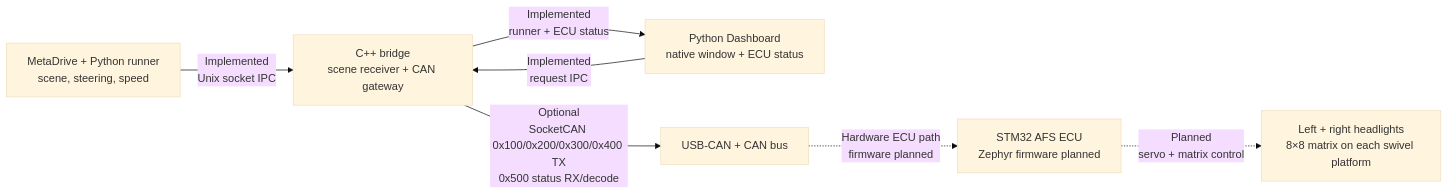
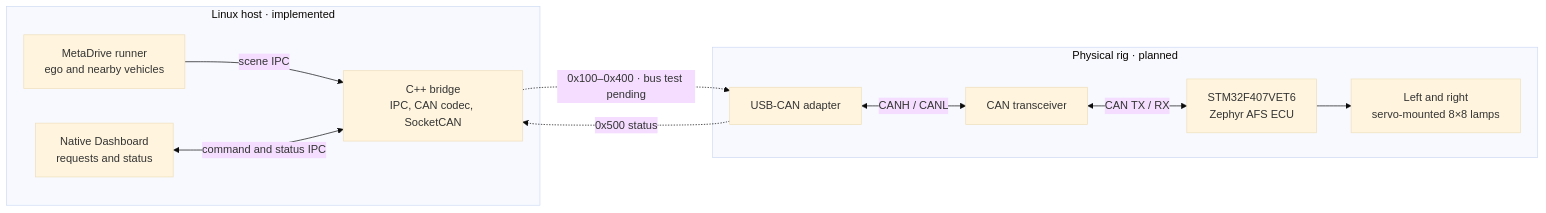
One commit to namtruonghoang1909/Adaptive-Frontlighting-System changed the first of 3 diagrams in README.md. Above: the diagram before and after it, drawn with Mermaid (base theme). The commit also changed other lines of this file and 6 other files, not shown here.

````diff
--- a/README.md
+++ b/README.md
@@ -20,9 +7,23 @@
 ```mermaid
 flowchart LR
-    SIM["MetaDrive + Python runner<br/>scene, steering, speed"] -->|"Implemented<br/>Unix socket IPC"| BRIDGE["C++ bridge<br/>scene receiver + CAN gateway"]
-    DASH["Python Dashboard<br/>native window + ECU status"] -->|"Implemented<br/>request IPC"| BRIDGE
-    BRIDGE -->|"Implemented<br/>runner + ECU status"| DASH
-    BRIDGE -->|"Optional<br/>SocketCAN 0x100/0x200/0x300/0x400 TX<br/>0x500 status RX/decode"| BUS["USB-CAN + CAN bus"]
-    BUS -.->|"Hardware ECU path<br/>firmware planned"| ECU["STM32 AFS ECU<br/>Zephyr firmware planned"]
-    ECU -.->|"Planned<br/>servo + matrix control"| LAMPS["Left + right headlights<br/>8×8 matrix on each swivel platform"]
+    subgraph HOST["Linux host · implemented"]
+        RUNNER["MetaDrive runner<br/>ego and nearby vehicles"]
+        BRIDGE["C++ bridge<br/>IPC, CAN codec, SocketCAN"]
+        DASH["Native Dashboard<br/>requests and status"]
+        RUNNER -->|"scene IPC"| BRIDGE
+        DASH <-->|"command and status IPC"| BRIDGE
+    end
+
+    subgraph RIG["Physical rig · planned"]
+        ADAPTER["USB-CAN adapter"]
+        TRANSCEIVER["CAN transceiver"]
+        ECU["STM32F407VET6<br/>Zephyr AFS ECU"]
+        LAMPS["Left and right<br/>servo-mounted 8×8 lamps"]
+        ADAPTER <-->|"CANH / CANL"| TRANSCEIVER
+        TRANSCEIVER <-->|"CAN TX / RX"| ECU
+        ECU --> LAMPS
+    end
+
+    BRIDGE -.->|"0x100–0x400 · bus test pending"| ADAPTER
+    ADAPTER -.->|"0x500 status"| BRIDGE
 ```
````
